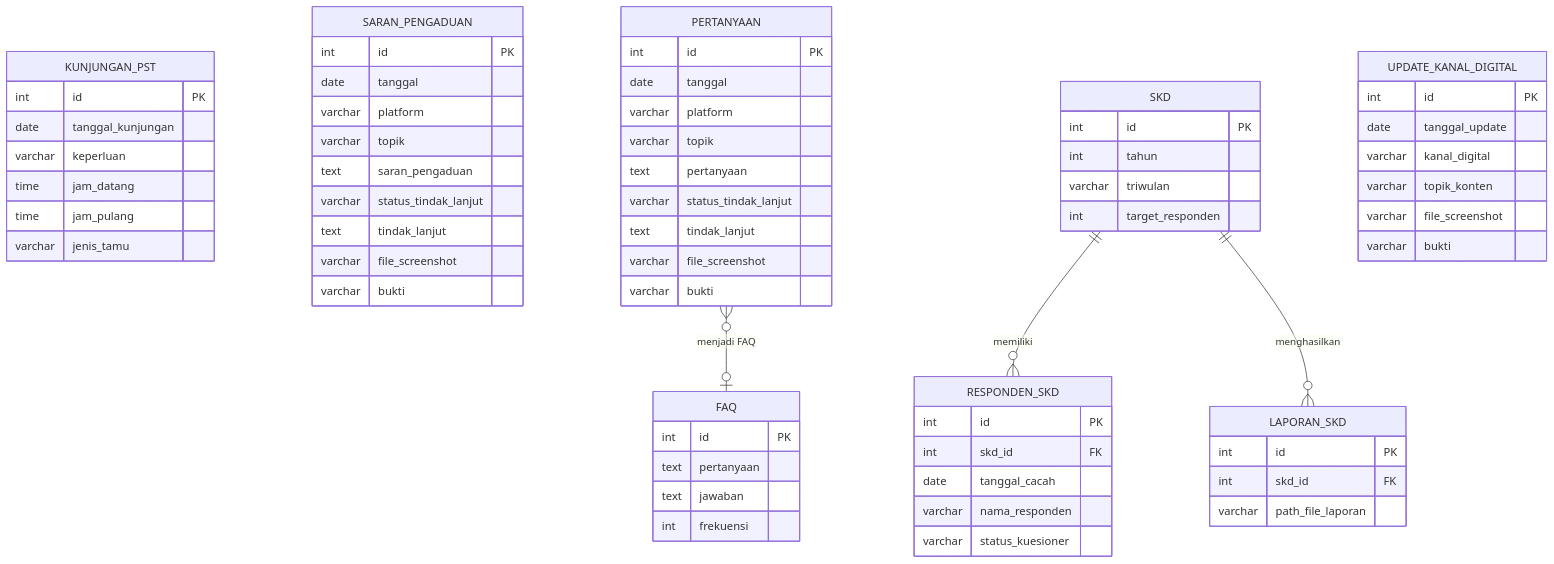
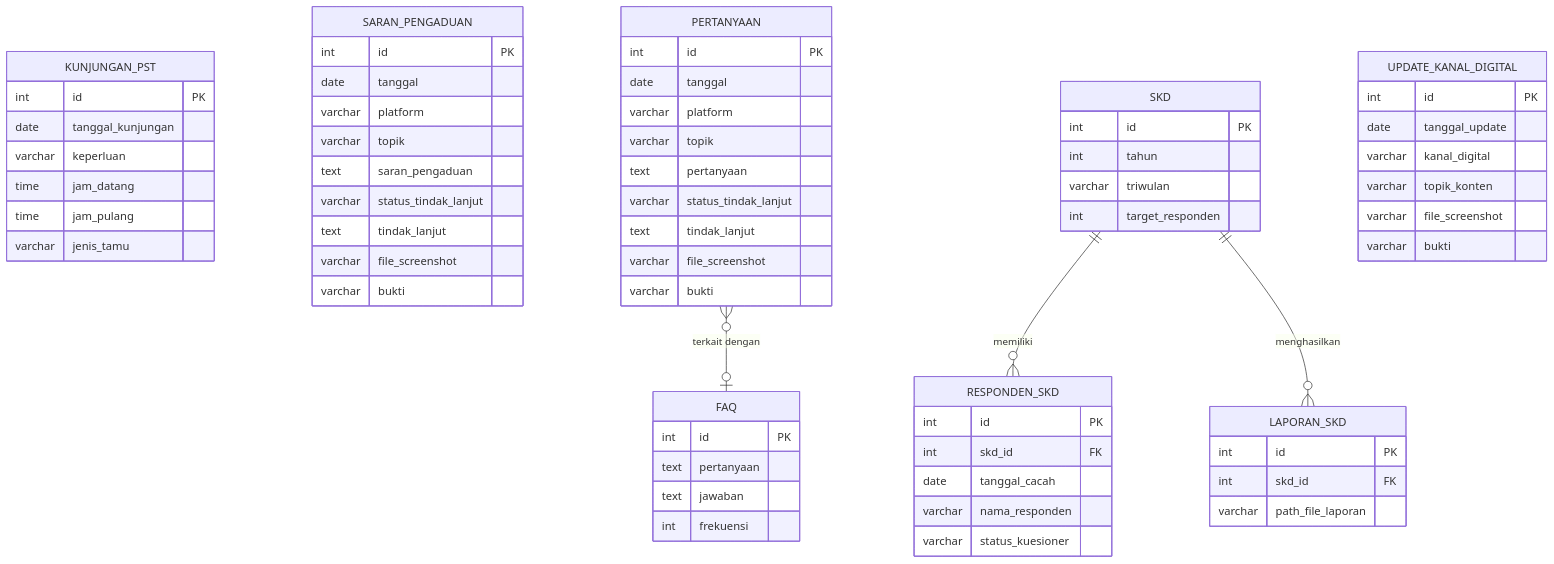
One commit to khuzaimahputri/JALA-SERIBU changed the diagram in schema.md. Above: the diagram before and after it, drawn with Mermaid. The commit also changed 1 other file, not shown here.

Commit message:
update lagi

```diff
--- a/schema.md
+++ b/schema.md
@@ -107,7 +107,7 @@
     %% RELATIONSHIPS
     %% =====================================================
 
-    PERTANYAAN }o--o| FAQ : "menjadi FAQ"
+    PERTANYAAN }o--o| FAQ : "terkait dengan"
 
     SKD ||--o{ RESPONDEN_SKD : "memiliki"
 
```
